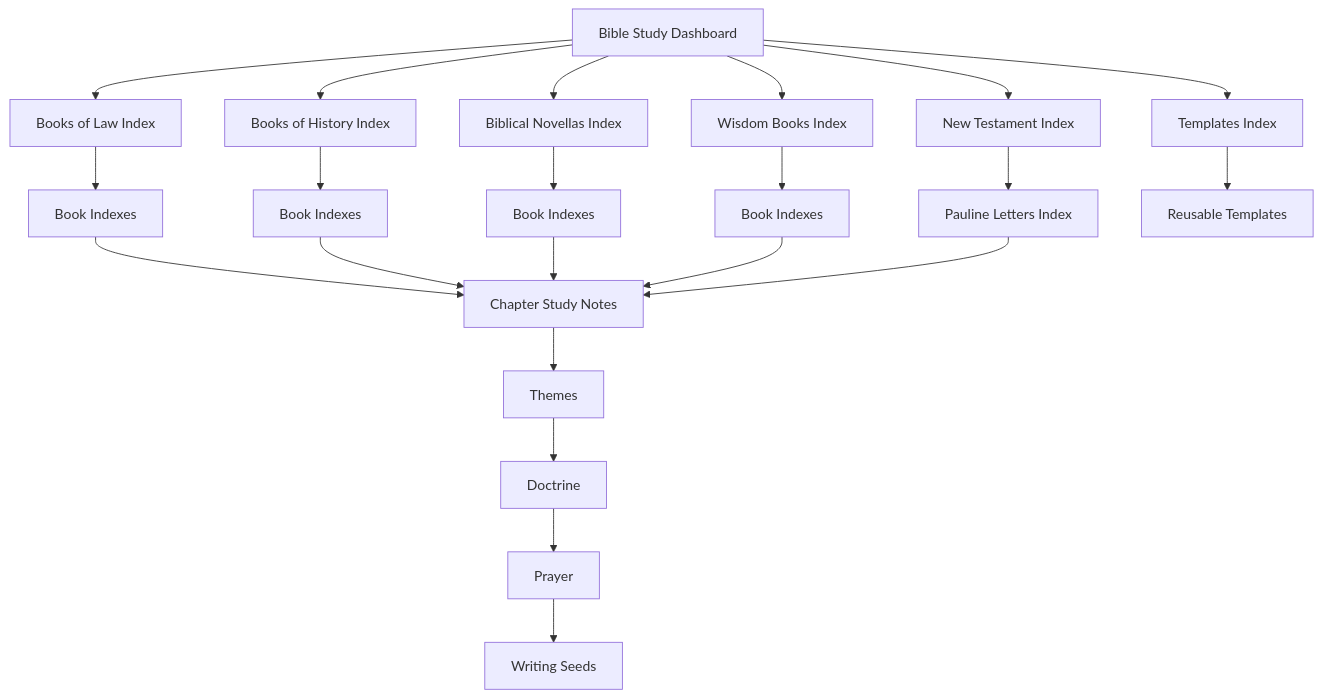
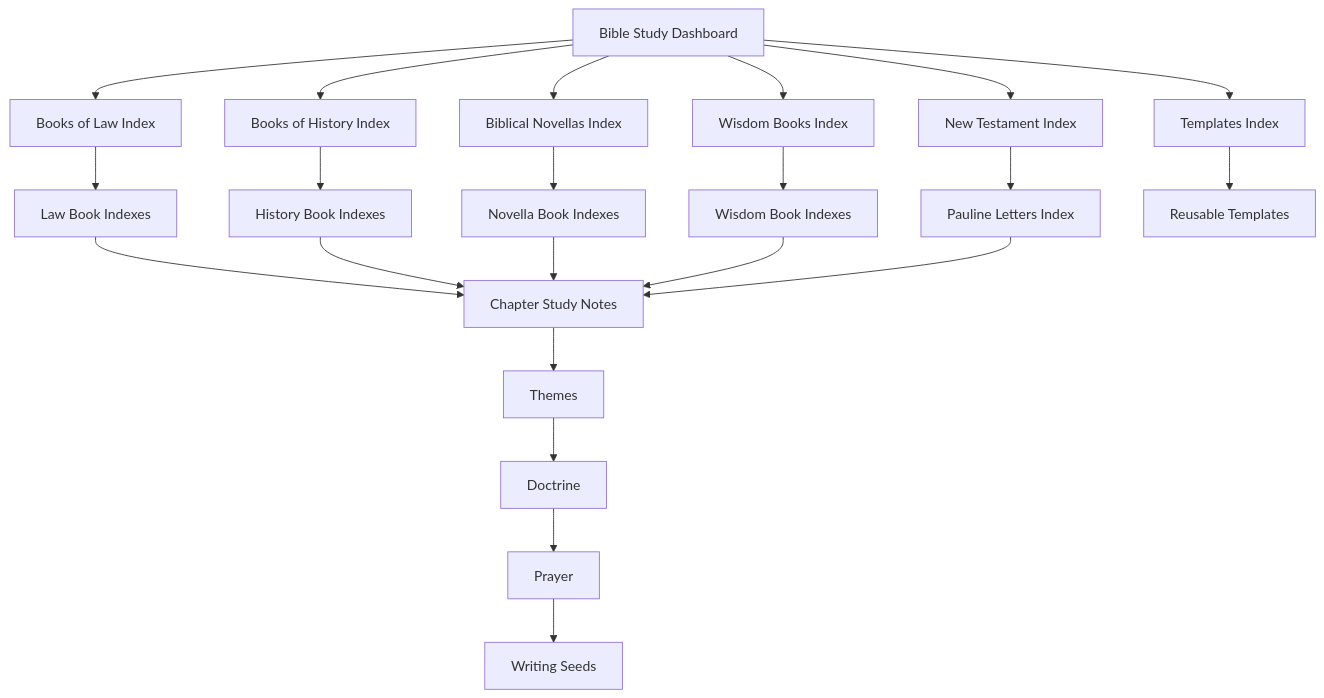
One commit to gah-code/obsidian-sacred-study-system changed the fourth of 6 diagrams in README.md. Above: the diagram before and after it, drawn with Mermaid. The commit also changed other lines of this file, not shown here.

Commit message:
Index System Flow, Template Workflow, and Writing System Flow

````diff
--- a/README.md
+++ b/README.md
@@ -211,27 +211,27 @@
 ```mermaid
 graph TD
-  A["Bible Study Dashboard"] --> B["Books of Law Index"]
-  A --> C["Books of History Index"]
-  A --> D["Biblical Novellas Index"]
-  A --> E["Wisdom Books Index"]
-  A --> F["New Testament Index"]
-  A --> G["Templates Index"]
+  dashboard[Bible Study Dashboard] --> law_index[Books of Law Index]
+  dashboard --> history_index[Books of History Index]
+  dashboard --> novellas_index[Biblical Novellas Index]
+  dashboard --> wisdom_index[Wisdom Books Index]
+  dashboard --> new_testament_index[New Testament Index]
+  dashboard --> templates_index[Templates Index]
 
-  B --> B1["Book Indexes"]
-  C --> C1["Book Indexes"]
-  D --> D1["Book Indexes"]
-  E --> E1["Book Indexes"]
-  F --> F1["Pauline Letters Index"]
-  G --> G1["Reusable Templates"]
+  law_index --> law_books[Law Book Indexes]
+  history_index --> history_books[History Book Indexes]
+  novellas_index --> novella_books[Novella Book Indexes]
+  wisdom_index --> wisdom_books[Wisdom Book Indexes]
+  new_testament_index --> pauline_letters[Pauline Letters Index]
+  templates_index --> reusable_templates[Reusable Templates]
 
-  B1 --> H["Chapter Study Notes"]
-  C1 --> H
-  D1 --> H
-  E1 --> H
-  F1 --> H
+  law_books --> chapter_notes[Chapter Study Notes]
+  history_books --> chapter_notes
+  novella_books --> chapter_notes
+  wisdom_books --> chapter_notes
+  pauline_letters --> chapter_notes
 
-  H --> I["Themes"]
-  I --> J["Doctrine"]
-  J --> K["Prayer"]
-  K --> L["Writing Seeds"]
+  chapter_notes --> themes[Themes]
+  themes --> doctrine[Doctrine]
+  doctrine --> prayer[Prayer]
+  prayer --> writing_seeds[Writing Seeds]
 ```
````
